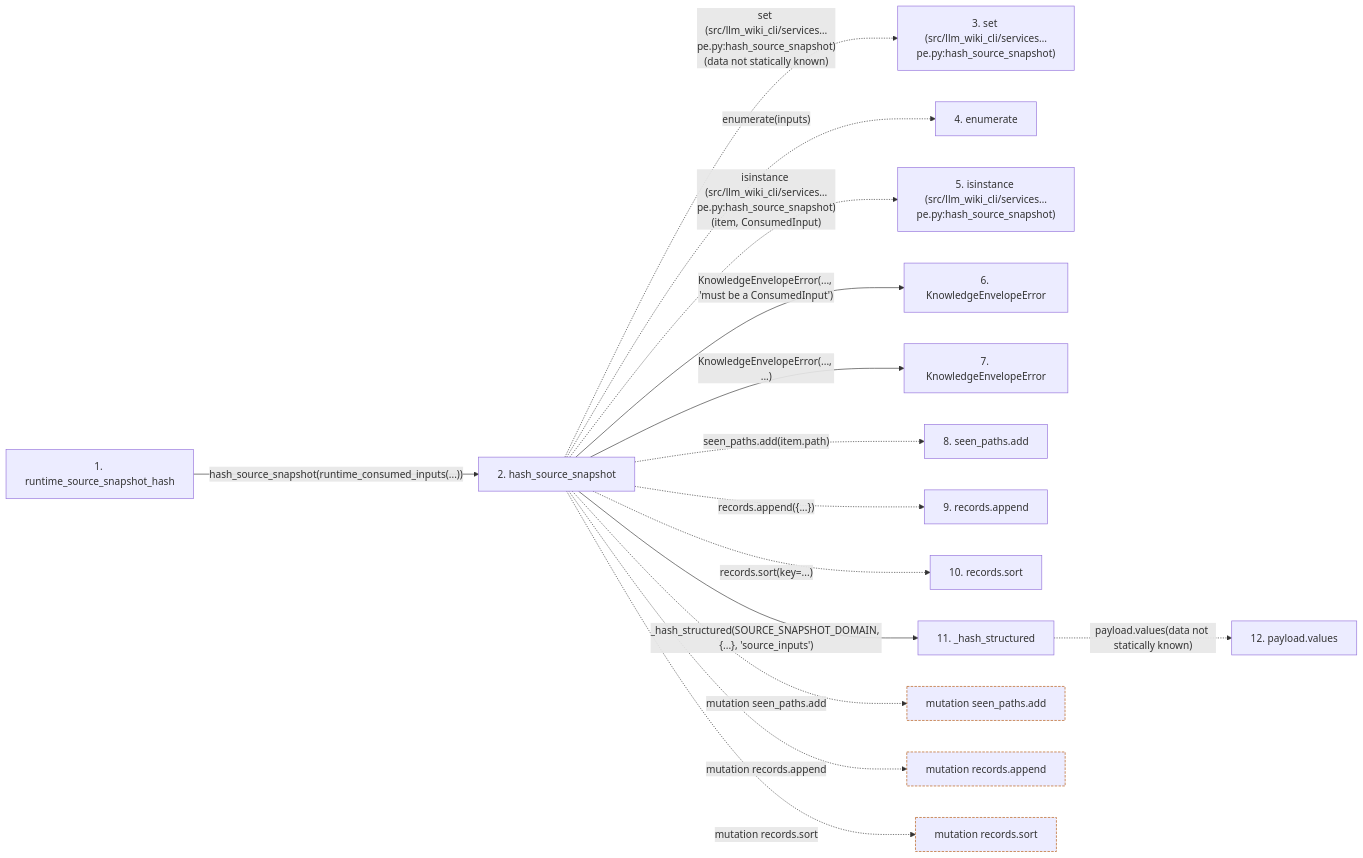
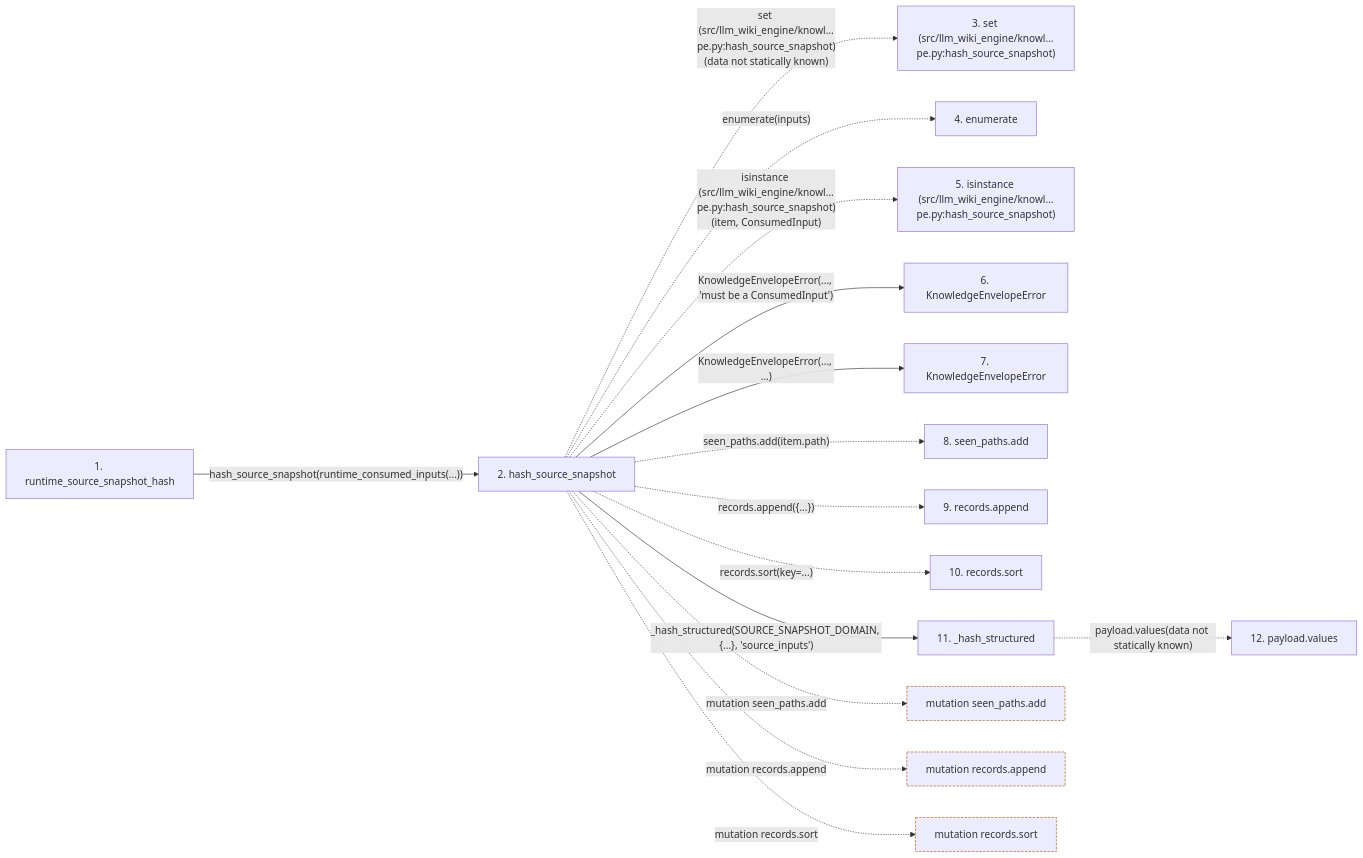
The second of 2 diagrams in docs/llm_wiki/flows/api-runtime_source_snapshot_hash.md (Denissvgn/python-wiki-llm), drawn with Mermaid before and after one commit. The commit also changed other lines of this file and 1058 other files, not shown here.

````diff
--- a/docs/llm_wiki/flows/api-runtime_source_snapshot_hash.md
+++ b/docs/llm_wiki/flows/api-runtime_source_snapshot_hash.md
@@ -129,41 +129,41 @@
 ```mermaid
 flowchart LR
     s1["1. runtime_source_snapshot_hash"]
     s2["2. hash_source_snapshot"]
-    s3["3. set (src/llm_wiki_cli/services…pe.py:hash_source_snapshot)"]
+    s3["3. set (src/llm_wiki_engine/knowl…pe.py:hash_source_snapshot)"]
     s4["4. enumerate"]
-    s5["5. isinstance (src/llm_wiki_cli/services…pe.py:hash_source_snapshot)"]
+    s5["5. isinstance (src/llm_wiki_engine/knowl…pe.py:hash_source_snapshot)"]
     s6["6. KnowledgeEnvelopeError"]
     s7["7. KnowledgeEnvelopeError"]
     s8["8. seen_paths.add"]
     s9["9. records.append"]
     s10["10. records.sort"]
     s11["11. _hash_structured"]
     s12["12. payload.values"]
     s1 -->|"hash_source_snapshot(runtime_consumed_inputs(...))"| s2
-    s2 -. "set (src/llm_wiki_cli/services…pe.py:hash_source_snapshot)(data not statically known)" .-> s3
+    s2 -. "set (src/llm_wiki_engine/knowl…pe.py:hash_source_snapshot)(data not statically known)" .-> s3
     s2 -. "enumerate(inputs)" .-> s4
-    s2 -. "isinstance (src/llm_wiki_cli/services…pe.py:hash_source_snapshot)(item, ConsumedInput)" .-> s5
+    s2 -. "isinstance (src/llm_wiki_engine/knowl…pe.py:hash_source_snapshot)(item, ConsumedInput)" .-> s5
     s2 -->|"KnowledgeEnvelopeError(..., 'must be a ConsumedInput')"| s6
     s2 -->|"KnowledgeEnvelopeError(..., ...)"| s7
     s2 -. "seen_paths.add(item.path)" .-> s8
     s2 -. "records.append({...})" .-> s9
     s2 -. "records.sort(key=...)" .-> s10
     s2 -->|"_hash_structured(SOURCE_SNAPSHOT_DOMAIN, {...}, 'source_inputs')"| s11
     s11 -. "payload.values(data not statically known)" .-> s12
     b0["mutation seen_paths.add"]
     s2 -. "mutation seen_paths.add" .-> b0
     b1["mutation records.append"]
     s2 -. "mutation records.append" .-> b1
     b2["mutation records.sort"]
     s2 -. "mutation records.sort" .-> b2
     click s1 "../modules/knowledge_orchestration.md"
     click s2 "../modules/knowledge_envelope.md"
     click s6 "../modules/knowledge_envelope.md"
     click s7 "../modules/knowledge_envelope.md"
     click s11 "../modules/knowledge_envelope.md"
     classDef boundary stroke:#b45309,stroke-dasharray: 4 2
     class b0 boundary
     class b1 boundary
     class b2 boundary
 ```
````
